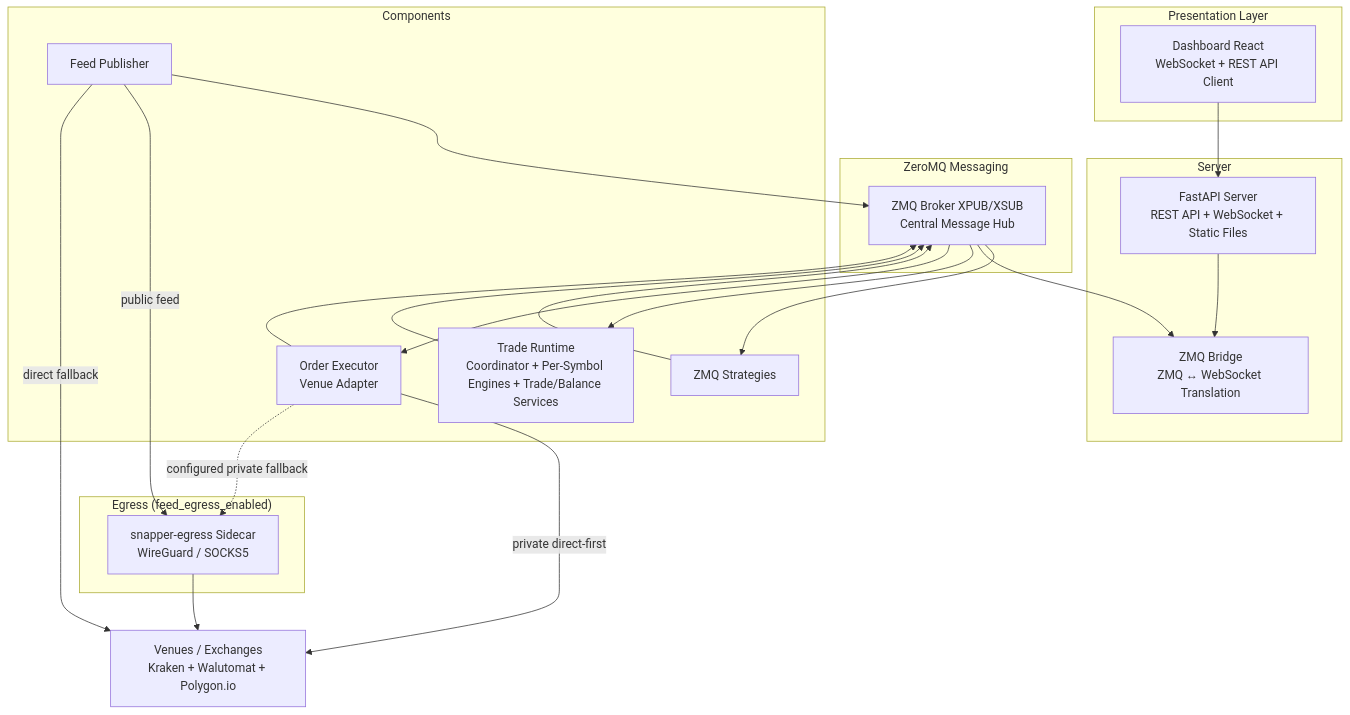
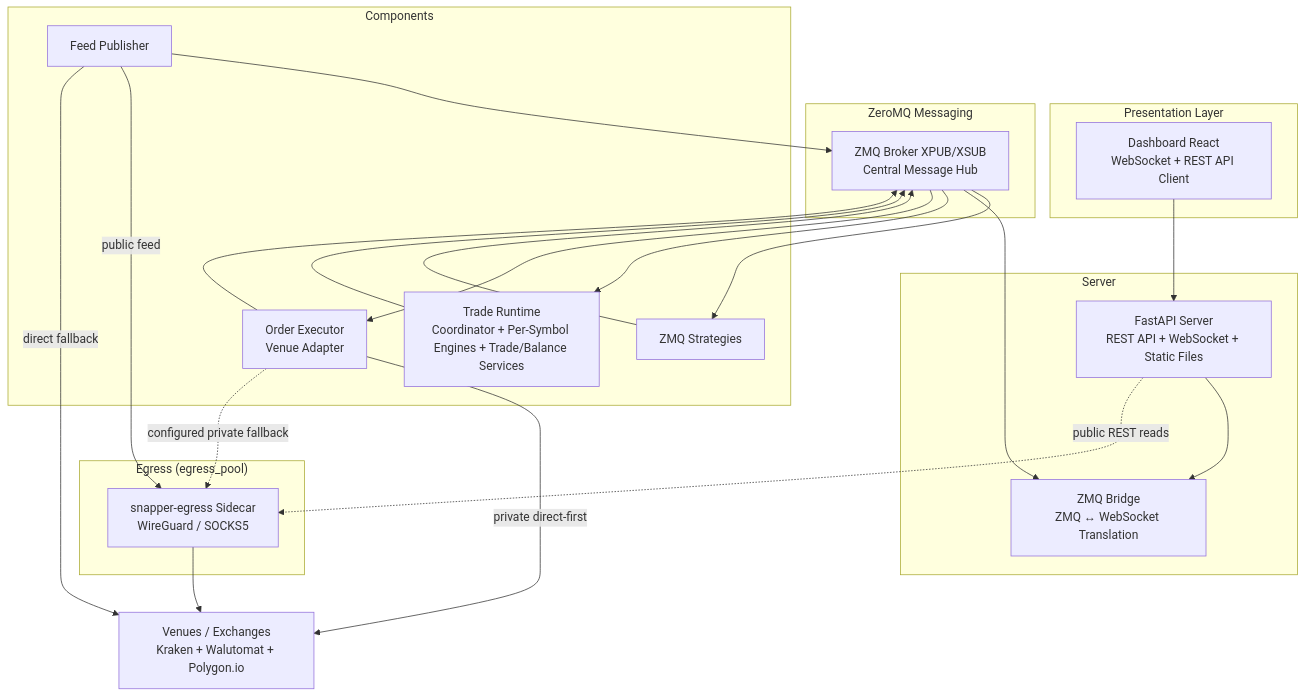
One commit to mateusz-klatt/snapper changed the diagram in README.md. Above: the diagram before and after it, drawn with Mermaid. The commit also changed other lines of this file and 7 other files, not shown here.

````diff
--- a/README.md
+++ b/README.md
@@ -220,44 +222,45 @@
 ```mermaid
 flowchart TB
     subgraph Presentation["Presentation Layer"]
         Dashboard["Dashboard React<br/>WebSocket + REST API Client"]
     end
 
     subgraph Server["Server"]
         FastAPI["FastAPI Server<br/>REST API + WebSocket + Static Files"]
         Bridge["ZMQ Bridge<br/>ZMQ ↔ WebSocket Translation"]
     end
 
     subgraph Messaging["ZeroMQ Messaging"]
         Broker["ZMQ Broker XPUB/XSUB<br/>Central Message Hub"]
     end
 
     subgraph Components["Components"]
         Feed["Feed Publisher"]
         Strategies["ZMQ Strategies"]
         Runtime["Trade Runtime<br/>Coordinator + Per-Symbol Engines + Trade/Balance Services"]
         Executor["Order Executor<br/>Venue Adapter"]
     end
 
-    subgraph Egress["Egress (feed_egress_enabled)"]
+    subgraph Egress["Egress (egress_pool)"]
         EgressSidecar["snapper-egress Sidecar<br/>WireGuard / SOCKS5"]
     end
 
     Venues["Venues / Exchanges<br/>Kraken + Walutomat + Polygon.io"]
 
     Dashboard --> FastAPI
     FastAPI --> Bridge
+    FastAPI -. "public REST reads" .-> EgressSidecar
     Feed --> Broker
     Feed -- "public feed" --> EgressSidecar
     EgressSidecar --> Venues
     Feed -- "direct fallback" --> Venues
     Executor -- "private direct-first" --> Venues
     Executor -. "configured private fallback" .-> EgressSidecar
     Strategies --> Broker
     Broker --> Strategies
     Runtime --> Broker
     Broker --> Bridge
     Broker --> Runtime
     Executor --> Broker
     Broker --> Executor
 ```
````
